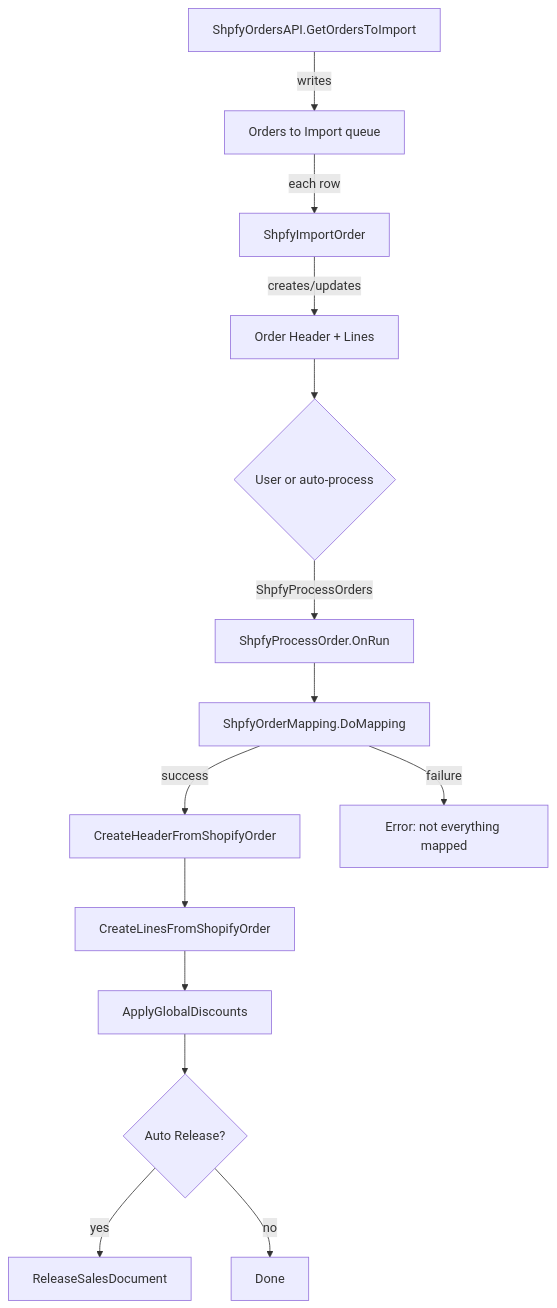
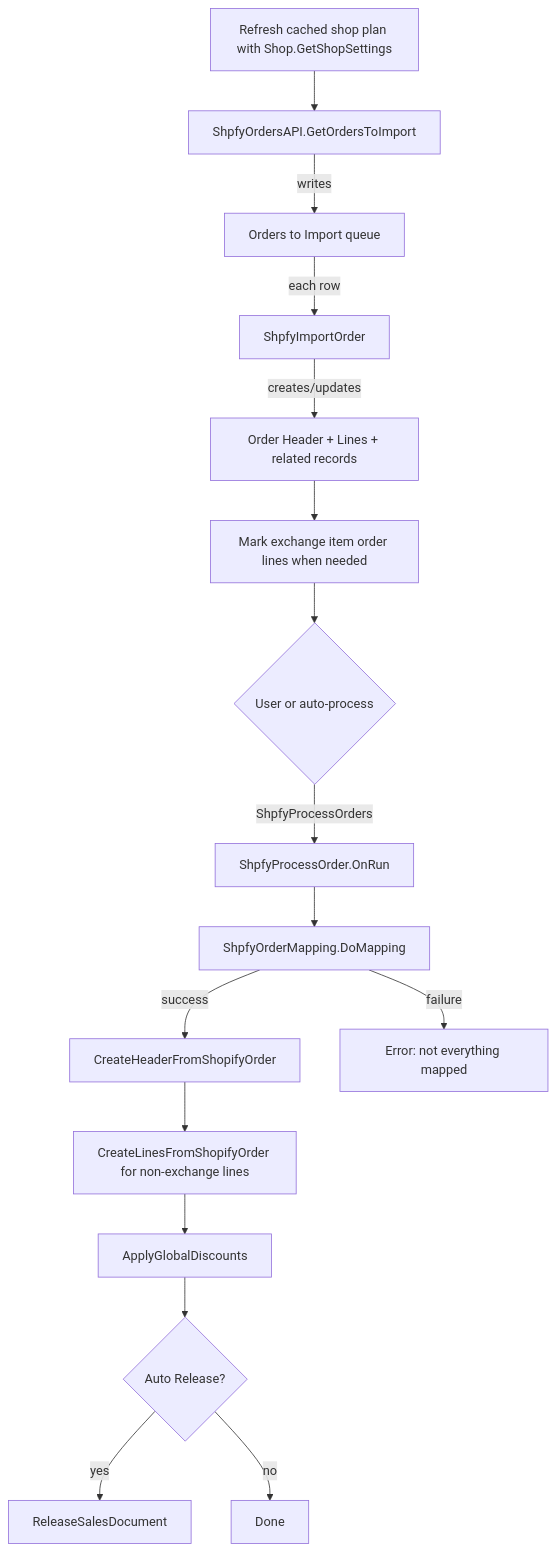
Before and after one commit to StefanMaron/MSDyn365BC.Sandbox.Code.History: the first of 2 diagrams in Shopify Connector/src/Order handling/docs/business-logic.md, drawn with Mermaid. The commit also changed other lines of this file and 407 other files, not shown here.

````diff
--- a/Shopify Connector/src/Order handling/docs/business-logic.md
+++ b/Shopify Connector/src/Order handling/docs/business-logic.md
@@ -5,16 +5,18 @@
 ```mermaid
 flowchart TD
-    A[ShpfyOrdersAPI.GetOrdersToImport] -->|writes| B[Orders to Import queue]
+    A0[Refresh cached shop plan with Shop.GetShopSettings] --> A[ShpfyOrdersAPI.GetOrdersToImport]
+    A -->|writes| B[Orders to Import queue]
     B -->|each row| C[ShpfyImportOrder]
-    C -->|creates/updates| D[Order Header + Lines]
-    D --> E{User or auto-process}
+    C -->|creates/updates| D[Order Header + Lines + related records]
+    D --> C1[Mark exchange item order lines when needed]
+    C1 --> E{User or auto-process}
     E -->|ShpfyProcessOrders| F[ShpfyProcessOrder.OnRun]
     F --> G[ShpfyOrderMapping.DoMapping]
     G -->|success| H[CreateHeaderFromShopifyOrder]
-    H --> I[CreateLinesFromShopifyOrder]
+    H --> I[CreateLinesFromShopifyOrder for non-exchange lines]
     I --> J[ApplyGlobalDiscounts]
     J --> K{Auto Release?}
     K -->|yes| L[ReleaseSalesDocument]
     K -->|no| M[Done]
     G -->|failure| N[Error: not everything mapped]
 ```
````
